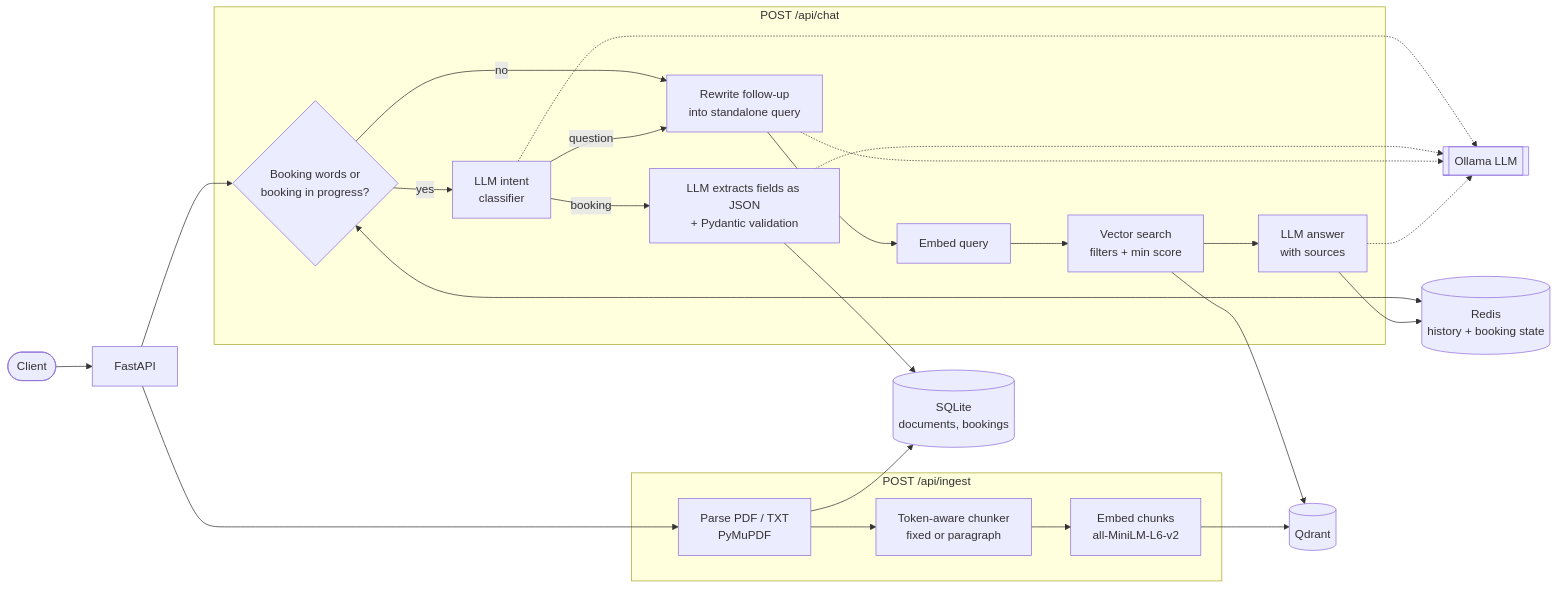
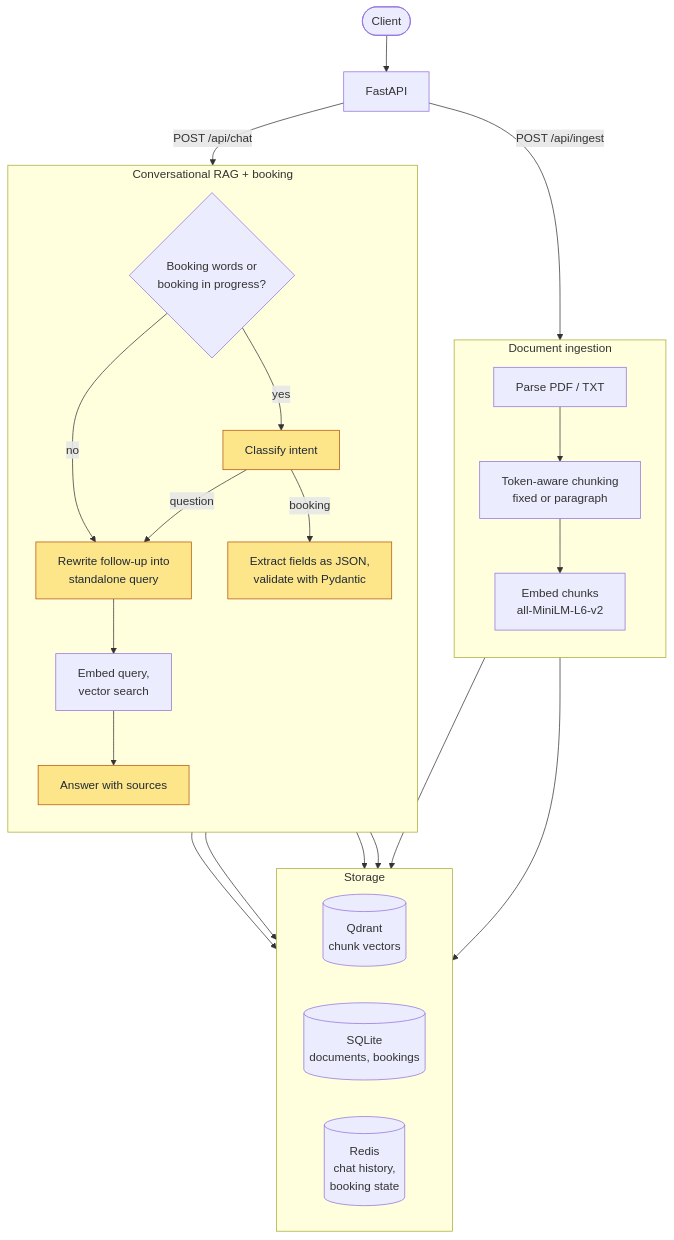
The diagram in README.md (roshanstha01/customizable-conversational-rag), drawn with Mermaid before and after one commit. The commit also changed other lines of this file, not shown here.

Commit message:
Redraw README architecture diagram top-down for readability
Ingestion and chat flows side by side, storage in one row, LLM steps
highlighted instead of separate dotted edges to Ollama.

````diff
--- a/README.md
+++ b/README.md
@@ -30,29 +30,40 @@
 ```mermaid
-flowchart LR
+flowchart TB
     Client([Client]) --> API[FastAPI]
+    API -->|POST /api/ingest| Parse
+    API -->|POST /api/chat| Gate
 
-    subgraph Ingestion["POST /api/ingest"]
-        Parse[Parse PDF / TXT<br/>PyMuPDF] --> Chunk[Token-aware chunker<br/>fixed or paragraph]
-        Chunk --> Embed1[Embed chunks<br/>all-MiniLM-L6-v2]
+    subgraph Ingestion["Document ingestion"]
+        direction TB
+        Parse[Parse PDF / TXT] --> Chunk[Token-aware chunking<br/>fixed or paragraph]
+        Chunk --> Embed[Embed chunks<br/>all-MiniLM-L6-v2]
     end
 
-    subgraph Chat["POST /api/chat"]
+    subgraph Chat["Conversational RAG + booking"]
+        direction TB
         Gate{Booking words or<br/>booking in progress?}
-        Gate -- no --> Rewrite[Rewrite follow-up<br/>into standalone query]
-        Gate -- yes --> Classify[LLM intent<br/>classifier]
+        Gate -- no --> Rewrite[Rewrite follow-up into<br/>standalone query]
+        Gate -- yes --> Classify[Classify intent]
         Classify -- question --> Rewrite
-        Classify -- booking --> Extract[LLM extracts fields as JSON<br/>+ Pydantic validation]
-        Rewrite --> Embed2[Embed query] --> Search[Vector search<br/>filters + min score]
-        Search --> Answer[LLM answer<br/>with sources]
+        Classify -- booking --> Extract[Extract fields as JSON,<br/>validate with Pydantic]
+        Rewrite --> Search[Embed query,<br/>vector search]
+        Search --> Answer[Answer with sources]
     end
 
-    API --> Parse
-    API --> Gate
-    Embed1 --> Qdrant[(Qdrant)]
+    subgraph Storage["Storage"]
+        direction LR
+        Qdrant[(Qdrant<br/>chunk vectors)]
+        SQLite[(SQLite<br/>documents, bookings)]
+        Redis[(Redis<br/>chat history,<br/>booking state)]
+    end
+
+    Embed --> Qdrant
+    Chunk --> SQLite
     Search --> Qdrant
-    Parse --> SQLite[(SQLite<br/>documents, bookings)]
     Extract --> SQLite
-    Gate <--> Redis[(Redis<br/>history + booking state)]
+    Extract --> Redis
     Answer --> Redis
-    Classify & Extract & Rewrite & Answer -.-> Ollama[[Ollama LLM]]
+
+    classDef llm fill:#fde68a,stroke:#b45309,color:#1f2937
+    class Rewrite,Classify,Extract,Answer llm
 ```
````
